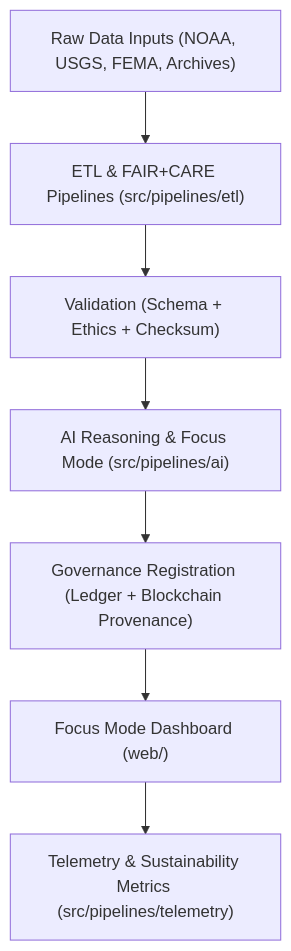
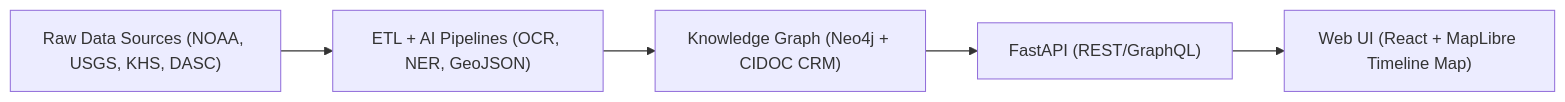
One commit to bartytime4life/Kansas-Frontier-Matrix changed the diagram in README.md. Above: the diagram before and after it, drawn with Mermaid. The commit also changed other lines of this file, not shown here.

````diff
--- a/README.md
+++ b/README.md
@@ -71,9 +85,7 @@
 ```mermaid
-flowchart TD
-    A["Raw Data Inputs (NOAA, USGS, FEMA, Archives)"] --> B["ETL & FAIR+CARE Pipelines (src/pipelines/etl)"]
-    B --> C["Validation (Schema + Ethics + Checksum)"]
-    C --> D["AI Reasoning & Focus Mode (src/pipelines/ai)"]
-    D --> E["Governance Registration (Ledger + Blockchain Provenance)"]
-    E --> F["Focus Mode Dashboard (web/)"]
-    F --> G["Telemetry & Sustainability Metrics (src/pipelines/telemetry)"]
+flowchart LR
+A["Raw Data Sources (NOAA, USGS, KHS, DASC)"] --> B["ETL + AI Pipelines (OCR, NER, GeoJSON)"]
+B --> C["Knowledge Graph (Neo4j + CIDOC CRM)"]
+C --> D["FastAPI (REST/GraphQL)"]
+D --> E["Web UI (React + MapLibre Timeline Map)"]
 ```
````
